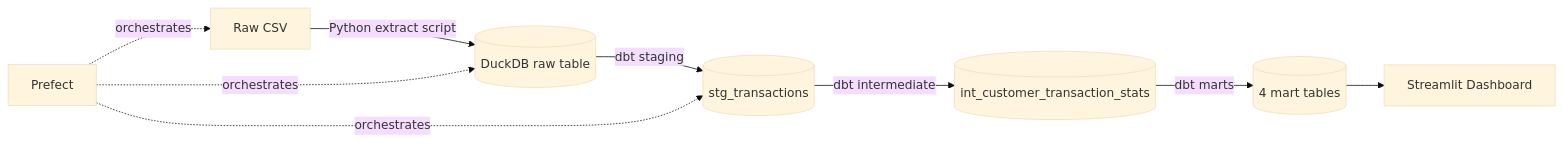
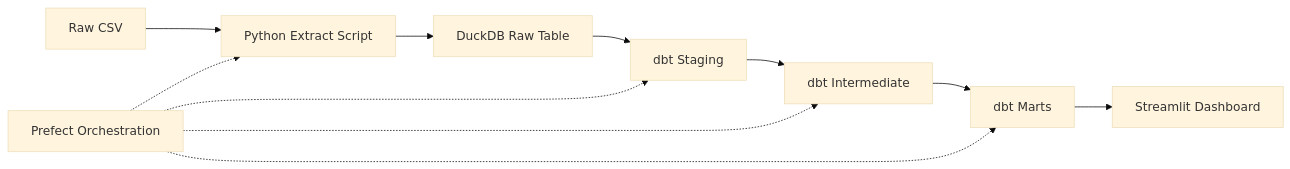
One commit to ojaswi-singh24/bank-transaction-pipeline changed the diagram in README.md. Above: the diagram before and after it, drawn with Mermaid (base theme). The commit also changed other lines of this file, not shown here.

````diff
--- a/README.md
+++ b/README.md
@@ -16,11 +16,13 @@
 ```mermaid
 flowchart LR
-    A[Raw CSV] -->|Python extract script| B[(DuckDB raw table)]
-    B -->|dbt staging| C[(stg_transactions)]
-    C -->|dbt intermediate| D[(int_customer_transaction_stats)]
-    D -->|dbt marts| E[(4 mart tables)]
-    E --> F[Streamlit Dashboard]
-    G[Prefect] -.orchestrates.-> A
-    G -.orchestrates.-> B
-    G -.orchestrates.-> C
+    A[Raw CSV] --> B[Python Extract Script]
+    B --> C[DuckDB Raw Table]
+    C --> D[dbt Staging]
+    D --> E[dbt Intermediate]
+    E --> F[dbt Marts]
+    F --> G[Streamlit Dashboard]
+    H[Prefect Orchestration] -.-> B
+    H -.-> D
+    H -.-> E
+    H -.-> F
 ```
````
